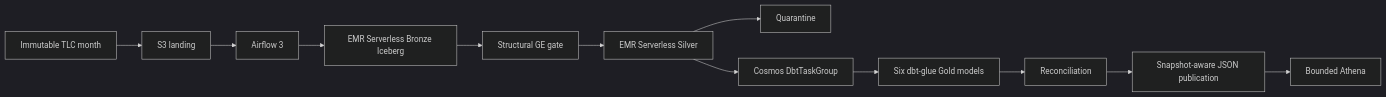
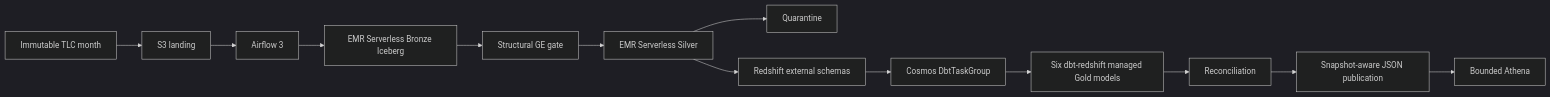
The diagram in docs/ARCHITECTURE.md (mtoanng/Spark-Iceberg-Redshift-Lakehouse), drawn with Mermaid (dark theme) before and after one commit. The commit also changed other lines of this file and 33 other files, not shown here.

````diff
--- a/docs/ARCHITECTURE.md
+++ b/docs/ARCHITECTURE.md
@@ -3,14 +3,15 @@
 ```mermaid
 flowchart LR
   TLC[Immutable TLC month] --> S3[S3 landing]
   S3 --> AF[Airflow 3]
   AF --> B[EMR Serverless Bronze Iceberg]
   B --> GE[Structural GE gate]
   GE --> S[EMR Serverless Silver]
   S --> Q[Quarantine]
-  S --> C[Cosmos DbtTaskGroup]
-  C --> G[Six dbt-glue Gold models]
+  S --> X[Redshift external schemas]
+  X --> C[Cosmos DbtTaskGroup]
+  C --> G[Six dbt-redshift managed Gold models]
   G --> R[Reconciliation]
   R --> P[Snapshot-aware JSON publication]
   P --> A[Bounded Athena]
 ```
````
